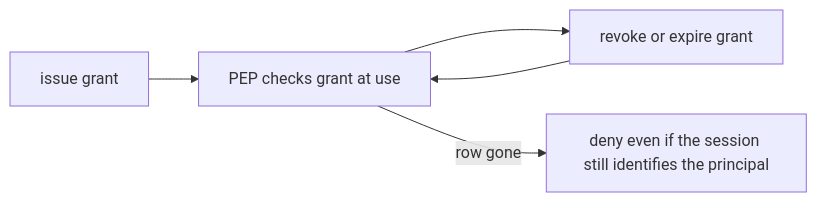
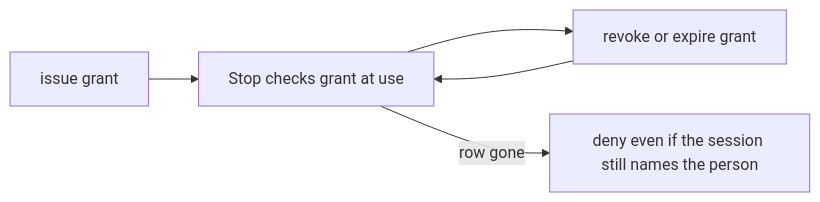
Before and after one commit to ishitvagoel/LearnSecurity: the diagram in content/modules/1/1.2/lessons/06-operate.md, drawn with Mermaid. The commit also changed other lines of this file and 7 other files, not shown here.

````diff
--- a/content/modules/1/1.2/lessons/06-operate.md
+++ b/content/modules/1/1.2/lessons/06-operate.md
@@ -27,10 +26,10 @@
 ```mermaid
 flowchart LR
   issue["issue grant"]
-  use["PEP checks grant at use"]
+  use["Stop checks grant at use"]
   revoke["revoke or expire grant"]
   issue --> use
   use --> revoke
   revoke --> use
-  use -->|"row gone"| deny["deny even if the session still identifies the principal"]
+  use -->|"row gone"| deny["deny even if the session still names the person"]
 ```
````
